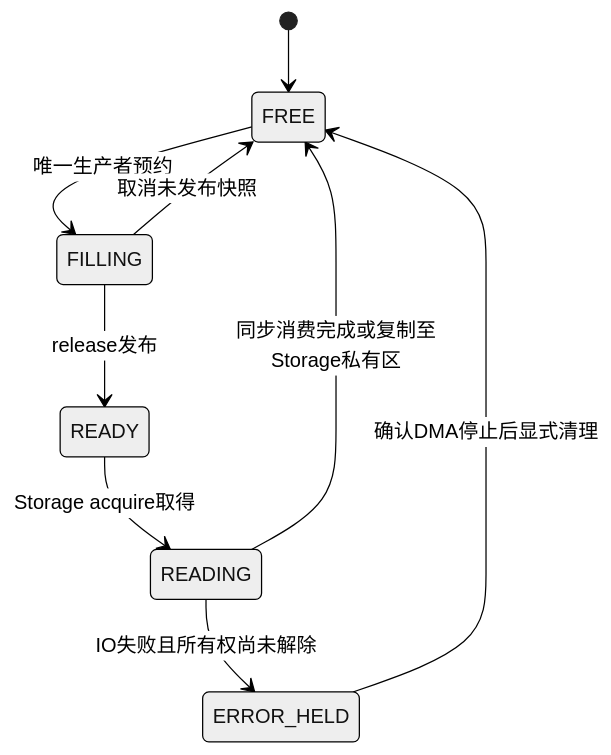
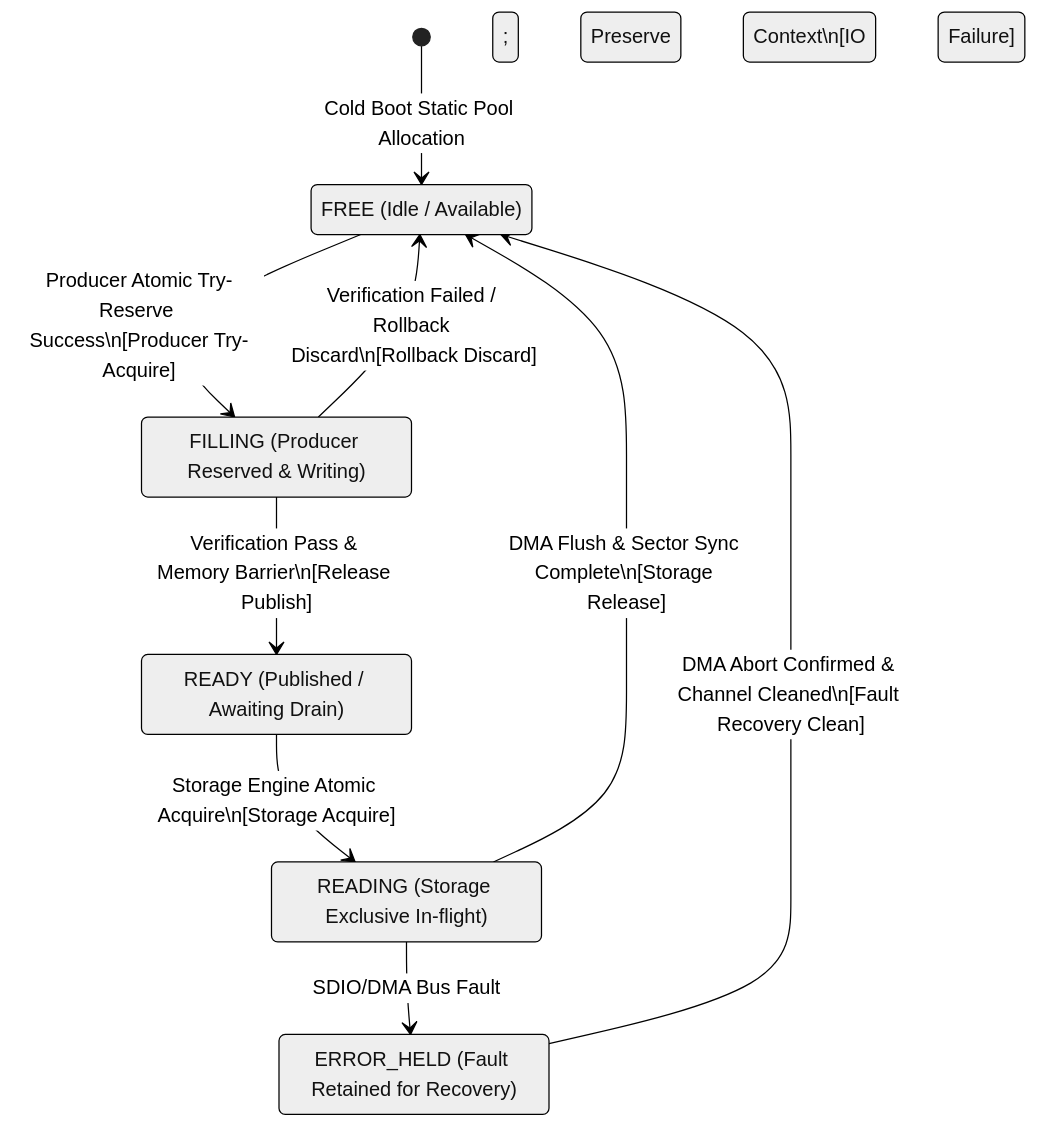
Before and after one commit to luckyJimLu/system-design-notes: the fourth of 12 diagrams in embedded-systems/modemlog/03-modem-complete-mermaid-flows.en.md, drawn with Mermaid (neutral theme). The commit also changed other lines of this file and 19 other files, not shown here.

First line of the commit message:
docs: update modem flows and system documentation

````diff
--- a/embedded-systems/modemlog/03-modem-complete-mermaid-flows.en.md
+++ b/embedded-systems/modemlog/03-modem-complete-mermaid-flows.en.md
@@ -66,11 +115,20 @@
 ```mermaid
 stateDiagram-v2
-    [*] --> FREE
-    FREE --> FILLING: 唯一生产者预约
-    FILLING --> READY: release发布
-    FILLING --> FREE: 取消未发布快照
-    READY --> READING: Storage acquire取得
-    READING --> FREE: 同步消费完成或复制至Storage私有区
-    READING --> ERROR_HELD: IO失败且所有权尚未解除
-    ERROR_HELD --> FREE: 确认DMA停止后显式清理
+    [*] --> FREE: Cold Boot Static Pool Allocation
+
+    state "FREE (Idle / Available)" as FREE
+    state "FILLING (Producer Reserved & Writing)" as FILLING
+    state "READY (Published / Awaiting Drain)" as READY
+    state "READING (Storage Exclusive In-flight)" as READING
+    state "ERROR_HELD (Fault Retained for Recovery)" as ERROR_HELD
+
+    FREE --> FILLING: Producer Atomic Try-Reserve Success\n[Producer Try-Acquire]
+    FILLING --> READY: Verification Pass & Memory Barrier\n[Release Publish]
+    FILLING --> FREE: Verification Failed / Rollback Discard\n[Rollback Discard]
+
+    READY --> READING: Storage Engine Atomic Acquire\n[Storage Acquire]
+    READING --> FREE: DMA Flush & Sector Sync Complete\n[Storage Release]
+    READING --> ERROR_HELD: SDIO/DMA Bus Fault; Preserve Context\n[IO Failure]
+
+    ERROR_HELD --> FREE: DMA Abort Confirmed & Channel Cleaned\n[Fault Recovery Clean]
 ```
````
